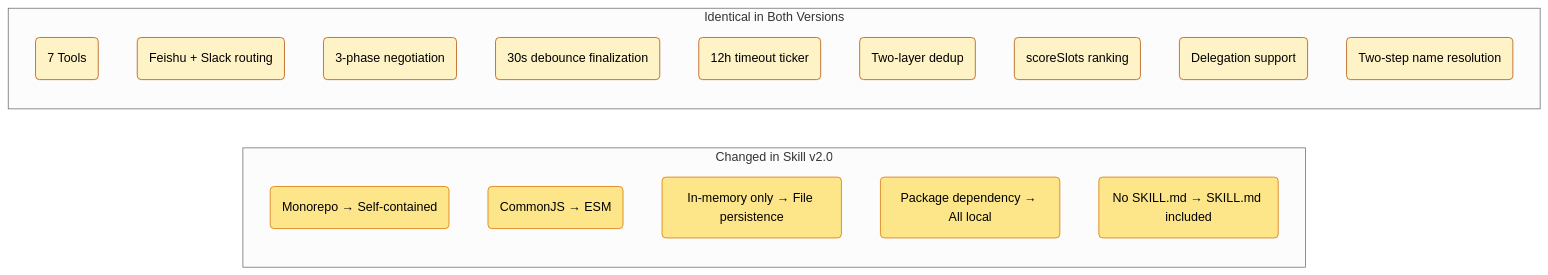
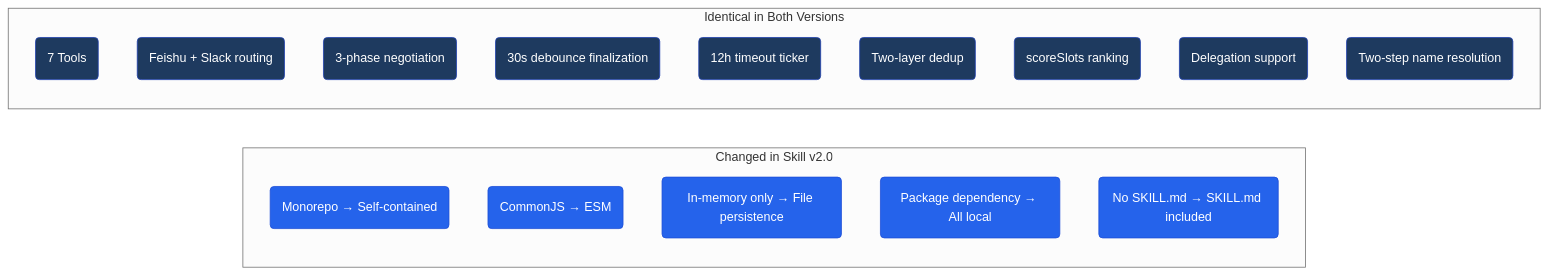
Diagram 13 of 13 in README.md (javana3/claw_meeting_all), drawn with Mermaid (neutral theme) before and after one commit. The commit also changed other lines of this file, not shown here.

Commit message:
Modernize diagrams with blue tech color scheme

````diff
--- a/README.md
+++ b/README.md
@@ -554,37 +554,37 @@
 ```mermaid
 graph LR
     subgraph "Changed in Skill v2.0"
         D1(Monorepo → Self-contained)
         D2(CommonJS → ESM)
         D3(In-memory only → File persistence)
         D4(Package dependency → All local)
         D5(No SKILL.md → SKILL.md included)
     end
 
     subgraph "Identical in Both Versions"
         S1(7 Tools)
         S2(Feishu + Slack routing)
         S3(3-phase negotiation)
         S4(30s debounce finalization)
         S5(12h timeout ticker)
         S6(Two-layer dedup)
         S7(scoreSlots ranking)
         S8(Delegation support)
         S9(Two-step name resolution)
     end
 
-    style D1 fill:#fde68a,stroke:#d97706,color:#000
-    style D2 fill:#fde68a,stroke:#d97706,color:#000
-    style D3 fill:#fde68a,stroke:#d97706,color:#000
-    style D4 fill:#fde68a,stroke:#d97706,color:#000
-    style D5 fill:#fde68a,stroke:#d97706,color:#000
-    style S1 fill:#fef3c7,stroke:#b45309,color:#000
-    style S2 fill:#fef3c7,stroke:#b45309,color:#000
-    style S3 fill:#fef3c7,stroke:#b45309,color:#000
-    style S4 fill:#fef3c7,stroke:#b45309,color:#000
-    style S5 fill:#fef3c7,stroke:#b45309,color:#000
-    style S6 fill:#fef3c7,stroke:#b45309,color:#000
-    style S7 fill:#fef3c7,stroke:#b45309,color:#000
-    style S8 fill:#fef3c7,stroke:#b45309,color:#000
-    style S9 fill:#fef3c7,stroke:#b45309,color:#000
+    style D1 fill:#2563eb,stroke:#1d4ed8,color:#fff
+    style D2 fill:#2563eb,stroke:#1d4ed8,color:#fff
+    style D3 fill:#2563eb,stroke:#1d4ed8,color:#fff
+    style D4 fill:#2563eb,stroke:#1d4ed8,color:#fff
+    style D5 fill:#2563eb,stroke:#1d4ed8,color:#fff
+    style S1 fill:#1e3a5f,stroke:#1e40af,color:#fff
+    style S2 fill:#1e3a5f,stroke:#1e40af,color:#fff
+    style S3 fill:#1e3a5f,stroke:#1e40af,color:#fff
+    style S4 fill:#1e3a5f,stroke:#1e40af,color:#fff
+    style S5 fill:#1e3a5f,stroke:#1e40af,color:#fff
+    style S6 fill:#1e3a5f,stroke:#1e40af,color:#fff
+    style S7 fill:#1e3a5f,stroke:#1e40af,color:#fff
+    style S8 fill:#1e3a5f,stroke:#1e40af,color:#fff
+    style S9 fill:#1e3a5f,stroke:#1e40af,color:#fff
 ```
````
